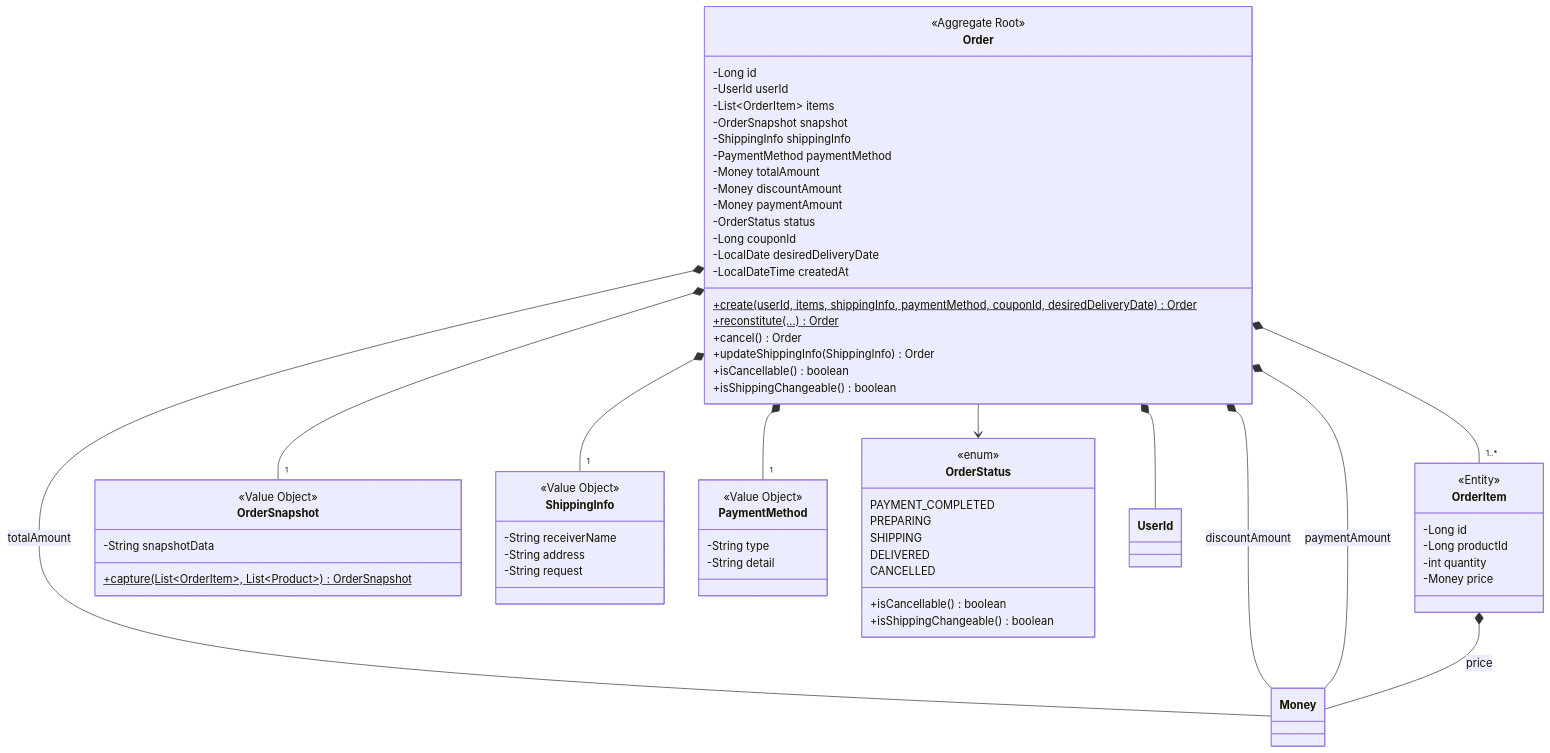
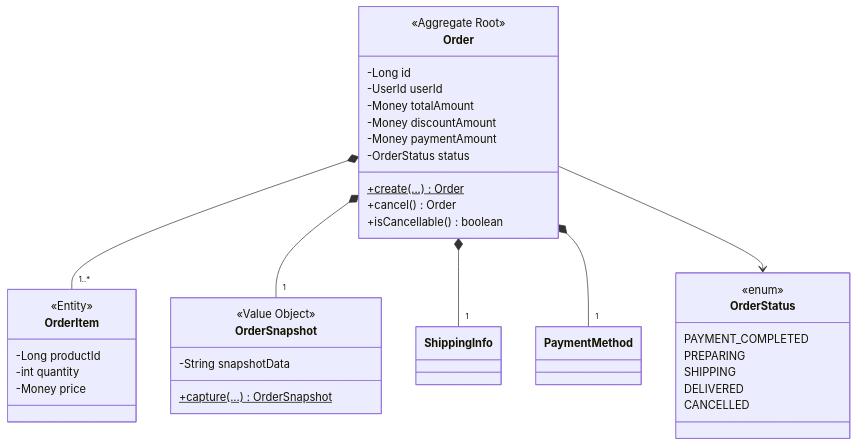
One commit to ukukdin/loop-pack-be-l2-vol3-java changed the eighth of 8 diagrams in .docs/design/03-class-diagram.md. Above: the diagram before and after it, drawn with Mermaid. The commit also changed other lines of this file and 11 other files, not shown here.

````diff
--- a/.docs/design/03-class-diagram.md
+++ b/.docs/design/03-class-diagram.md
@@ -880,74 +403,40 @@
 ```mermaid
 classDiagram
+    Order *-- "1..*" OrderItem
+    Order *-- "1" OrderSnapshot
+    Order *-- "1" ShippingInfo
+    Order *-- "1" PaymentMethod
+    Order --> OrderStatus
+
     class Order {
         <<Aggregate Root>>
         -Long id
         -UserId userId
-        -List~OrderItem~ items
-        -OrderSnapshot snapshot
-        -ShippingInfo shippingInfo
-        -PaymentMethod paymentMethod
         -Money totalAmount
         -Money discountAmount
         -Money paymentAmount
         -OrderStatus status
-        -Long couponId
-        -LocalDate desiredDeliveryDate
-        -LocalDateTime createdAt
-        +create(userId, items, shippingInfo, paymentMethod, couponId, desiredDeliveryDate)$ Order
-        +reconstitute(...)$ Order
+        +create(...)$ Order
         +cancel() Order
-        +updateShippingInfo(ShippingInfo) Order
         +isCancellable() boolean
-        +isShippingChangeable() boolean
     }
-
     class OrderItem {
         <<Entity>>
-        -Long id
         -Long productId
         -int quantity
         -Money price
     }
-
-    class OrderSnapshot {
-        <<Value Object>>
-        -String snapshotData
-        +capture(List~OrderItem~, List~Product~)$ OrderSnapshot
-    }
-
-    class ShippingInfo {
-        <<Value Object>>
-        -String receiverName
-        -String address
-        -String request
-    }
-
-    class PaymentMethod {
-        <<Value Object>>
-        -String type
-        -String detail
-    }
-
     class OrderStatus {
         <<enum>>
         PAYMENT_COMPLETED
         PREPARING
         SHIPPING
         DELIVERED
         CANCELLED
-        +isCancellable() boolean
-        +isShippingChangeable() boolean
     }
-
-    Order *-- "1..*" OrderItem
-    Order *-- "1" OrderSnapshot
-    Order *-- "1" ShippingInfo
-    Order *-- "1" PaymentMethod
-    Order --> OrderStatus
-    Order *-- UserId
-    Order *-- Money : totalAmount
-    Order *-- Money : discountAmount
-    Order *-- Money : paymentAmount
-    OrderItem *-- Money : price
+    class OrderSnapshot {
+        <<Value Object>>
+        -String snapshotData
+        +capture(...)$ OrderSnapshot
+    }
 ```
````
